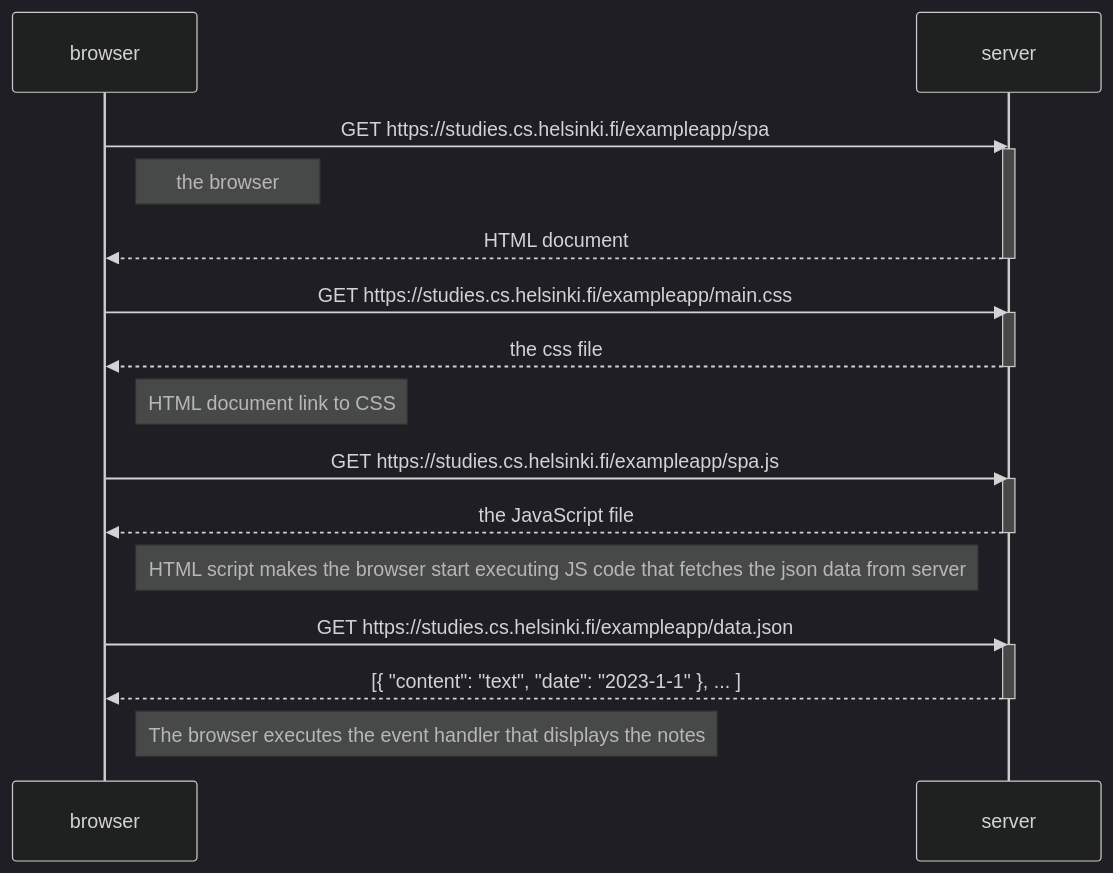
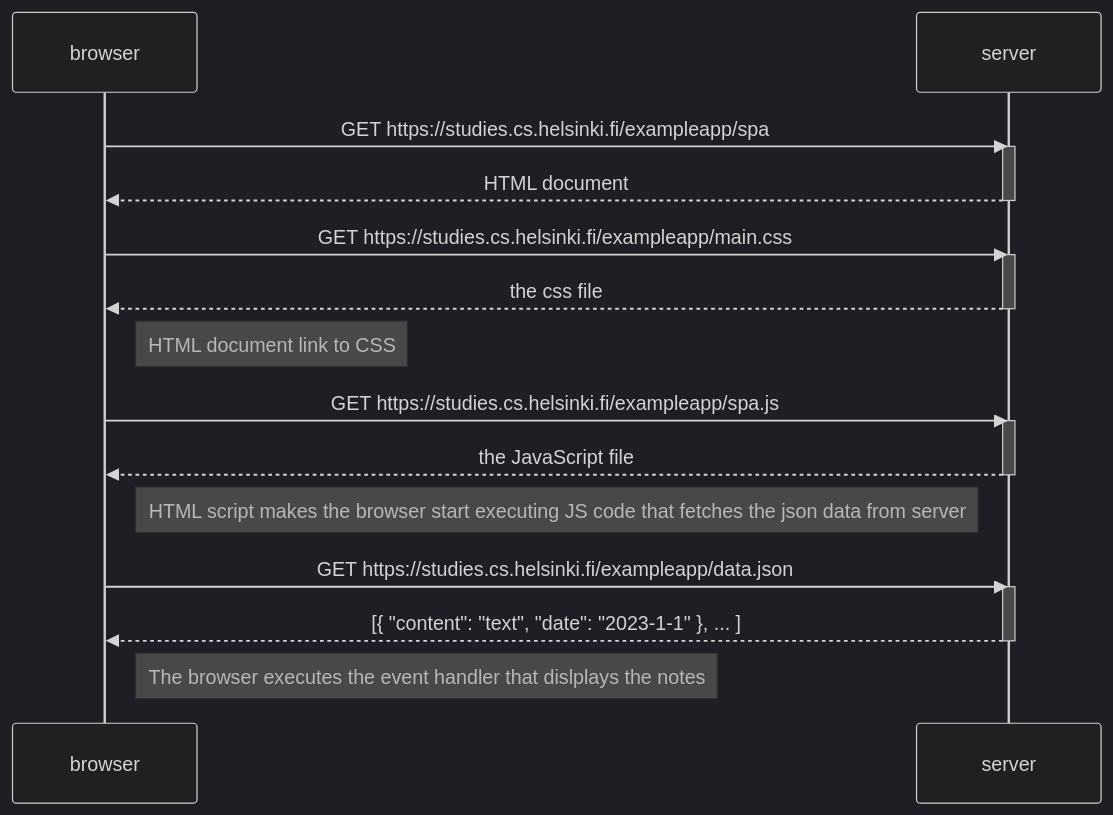
Before and after one commit to toadof/fso: the diagram in part 0/spa.md, drawn with Mermaid (dark theme).

````diff
--- a/part 0/spa.md
+++ b/part 0/spa.md
@@ -1,31 +1,31 @@
 ```mermaid
 sequenceDiagram
     participant browser
     participant server
     
     browser->>server: GET https://studies.cs.helsinki.fi/exampleapp/spa
     activate server
-    Note right of browser: the browser 
+    
     server-->>browser: HTML document
     deactivate server
     
     browser->>server: GET https://studies.cs.helsinki.fi/exampleapp/main.css
     activate server
     server-->>browser: the css file
     deactivate server
 Note right of browser: HTML document link to CSS
 
     browser->>server: GET https://studies.cs.helsinki.fi/exampleapp/spa.js
     activate server
     server-->>browser: the JavaScript file
     deactivate server
 
     Note right of browser: HTML script makes the browser start executing JS code that fetches the json data from server
 
     browser->>server: GET https://studies.cs.helsinki.fi/exampleapp/data.json
     activate server
     server-->>browser: [{ "content": "text", "date": "2023-1-1" }, ... ]
     deactivate server
 
     Note right of browser: The browser executes the event handler that dislplays the notes
 ```
````
